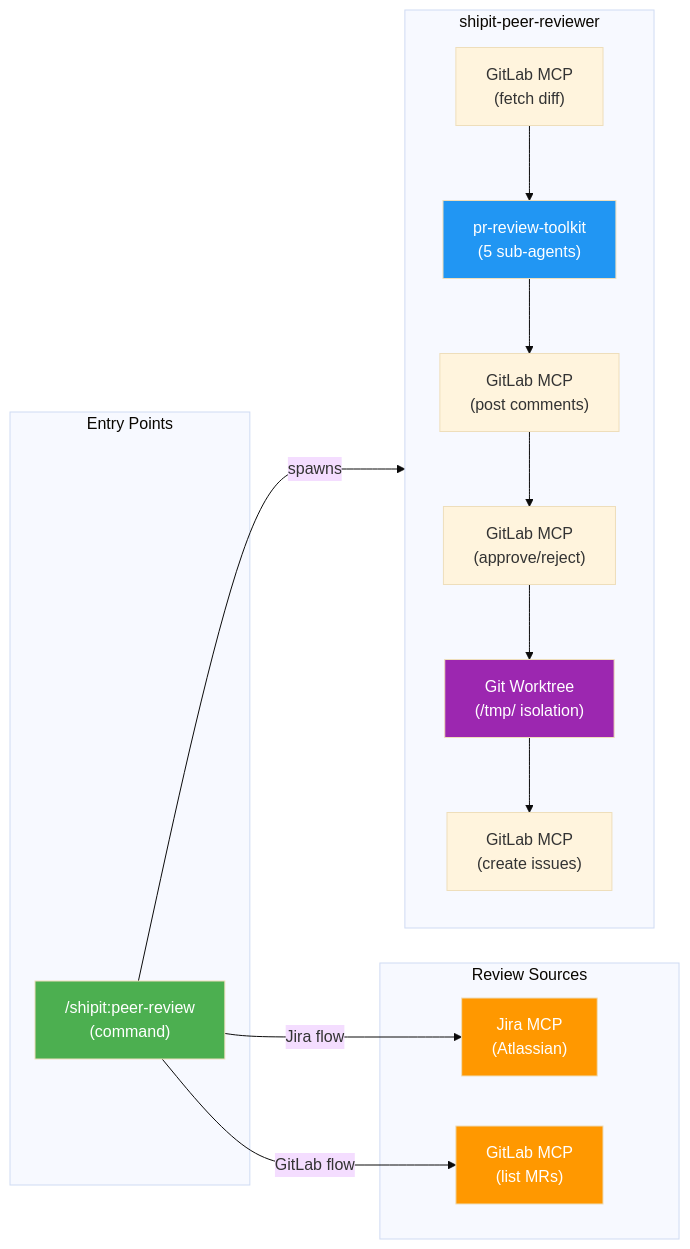
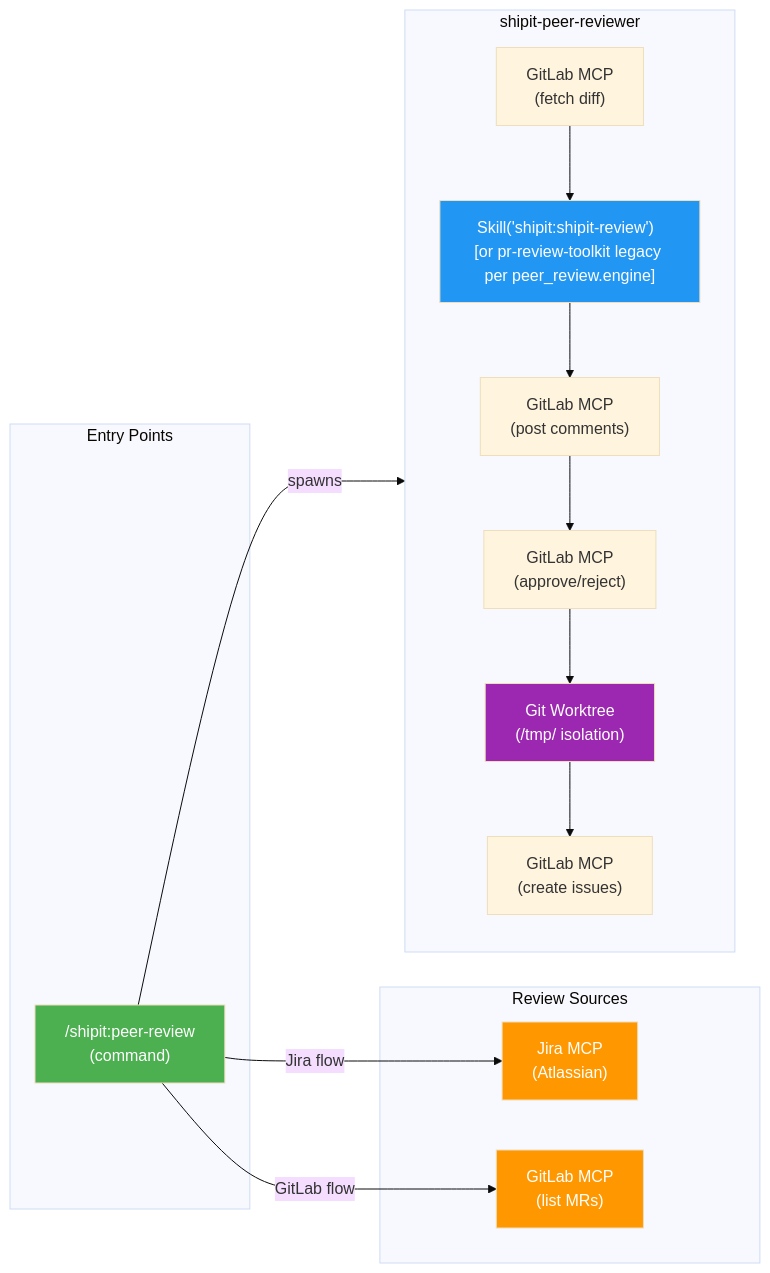
One commit to praful011/shipit changed the seventh of 8 diagrams in docs/peer-review-flowchart.md. Above: the diagram before and after it, drawn with Mermaid (base theme). The commit also changed other lines of this file and 1 other file, not shown here.

Commit message:
docs: update peer-review flowchart for shipit-review engine and mode selector

````diff
--- a/docs/peer-review-flowchart.md
+++ b/docs/peer-review-flowchart.md
@@ -217,35 +219,35 @@
 ```mermaid
 graph LR
     subgraph Entry["Entry Points"]
         CMD["/shipit:peer-review\n(command)"]
     end
 
     subgraph Sources["Review Sources"]
         JIRA["Jira MCP\n(Atlassian)"]
         GL_SRC["GitLab MCP\n(list MRs)"]
     end
 
     subgraph Agent["shipit-peer-reviewer"]
         GL_DIFF["GitLab MCP\n(fetch diff)"]
-        TOOLKIT["pr-review-toolkit\n(5 sub-agents)"]
+        TOOLKIT["Skill('shipit:shipit-review')  [or pr-review-toolkit legacy per peer_review.engine]"]
         GL_COMMENT["GitLab MCP\n(post comments)"]
         GL_APPROVE["GitLab MCP\n(approve/reject)"]
         WORKTREE["Git Worktree\n(/tmp/ isolation)"]
         GL_ISSUE["GitLab MCP\n(create issues)"]
     end
 
     CMD -->|Jira flow| JIRA
     CMD -->|GitLab flow| GL_SRC
     CMD -->|spawns| Agent
     GL_DIFF --> TOOLKIT
     TOOLKIT --> GL_COMMENT
     GL_COMMENT --> GL_APPROVE
     GL_APPROVE --> WORKTREE
     WORKTREE --> GL_ISSUE
 
     style CMD fill:#4CAF50,color:#fff
     style TOOLKIT fill:#2196F3,color:#fff
     style JIRA fill:#FF9800,color:#fff
     style GL_SRC fill:#FF9800,color:#fff
     style WORKTREE fill:#9C27B0,color:#fff
 ```
````
